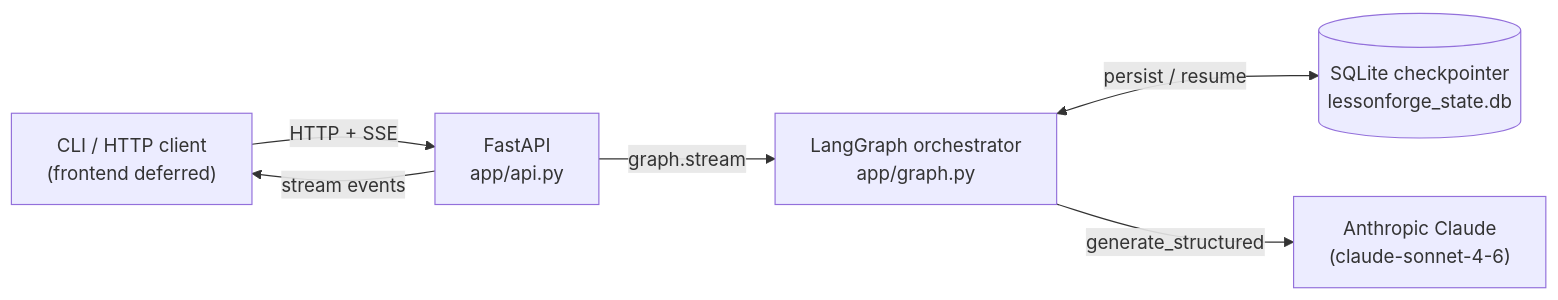
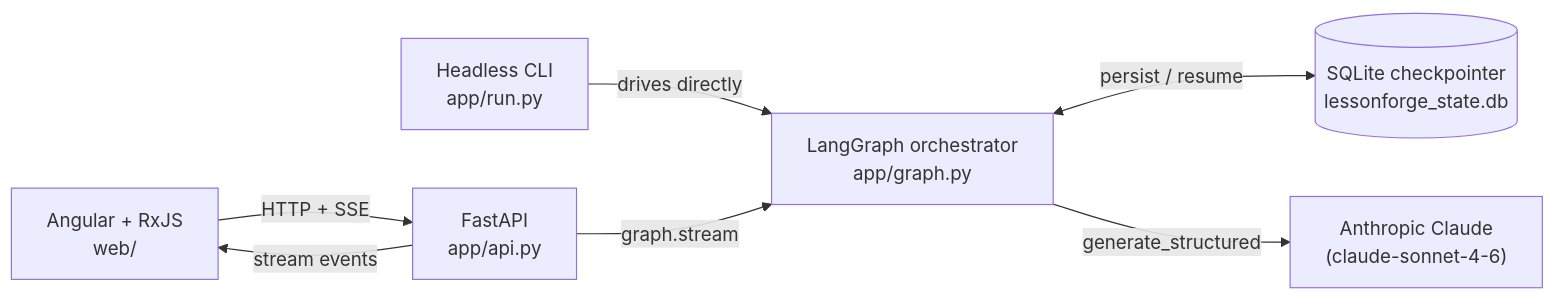
The first of 2 diagrams in README.md (melissapula/lessonforge), drawn with Mermaid before and after one commit. The commit also changed other lines of this file and 1 other file, not shown here.

First line of the commit message:
Step 5 complete: frontend documented in README + CLAUDE

````diff
--- a/README.md
+++ b/README.md
@@ -45,14 +45,16 @@
 ```mermaid
 flowchart LR
-    Client["CLI / HTTP client<br/>(frontend deferred)"]
+    UI["Angular + RxJS<br/>web/"]
+    CLI["Headless CLI<br/>app/run.py"]
     API["FastAPI<br/>app/api.py"]
     Graph["LangGraph orchestrator<br/>app/graph.py"]
     DB[("SQLite checkpointer<br/>lessonforge_state.db")]
     Model["Anthropic Claude<br/>(claude-sonnet-4-6)"]
 
-    Client -->|HTTP + SSE| API
-    API -->|stream events| Client
+    UI -->|HTTP + SSE| API
+    API -->|stream events| UI
+    CLI -->|drives directly| Graph
     API -->|graph.stream| Graph
     Graph <-->|persist / resume| DB
     Graph -->|generate_structured| Model
 ```
````
